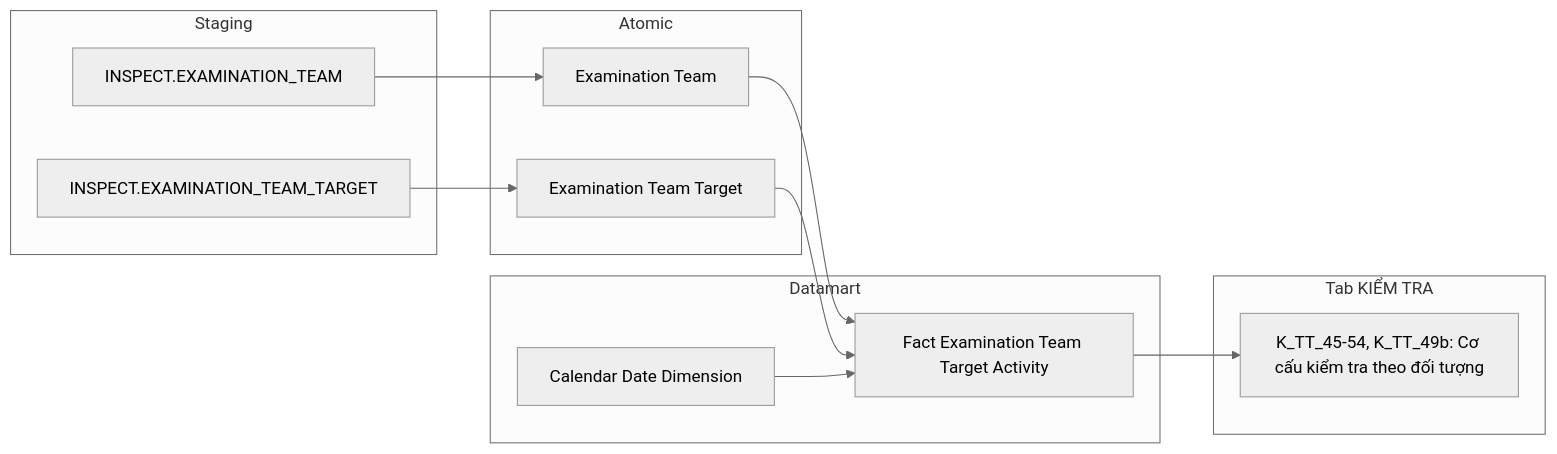
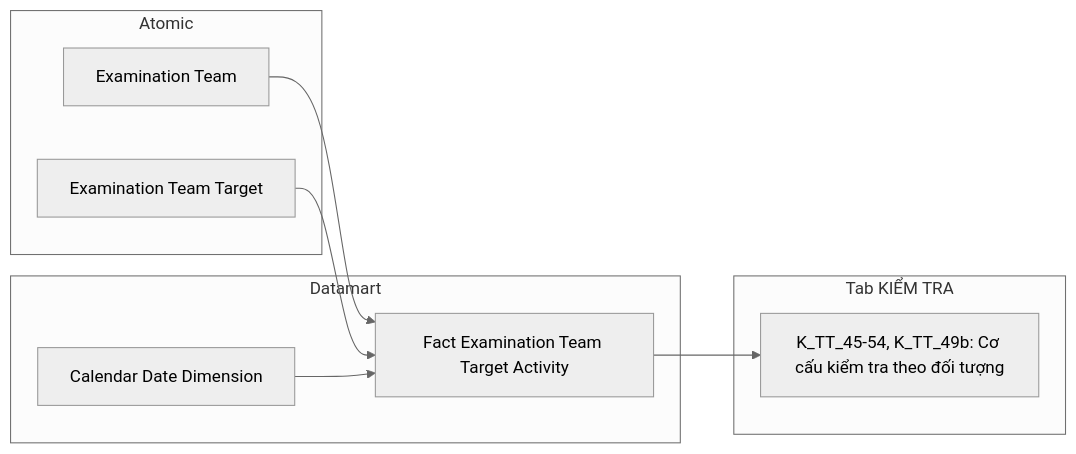
Before and after one commit to linhlvit/ubck_atomic_design: diagram 29 of 46 in Datamart/hld/DTM_TT_HLD.md, drawn with Mermaid (neutral theme). The commit also changed other lines of this file and 41 other files, not shown here.

````diff
--- a/Datamart/hld/DTM_TT_HLD.md
+++ b/Datamart/hld/DTM_TT_HLD.md
@@ -949,24 +1050,18 @@
 ```mermaid
 flowchart LR
-    subgraph SRC["Staging"]
-        S1["INSPECT.EXAMINATION_TEAM"]
-        S2["INSPECT.EXAMINATION_TEAM_TARGET"]
-    end
     subgraph SIL["Atomic"]
         SV1["Examination Team"]
         SV2["Examination Team Target"]
     end
     subgraph Datamart["Datamart"]
         G1["Fact Examination Team Target Activity"]
         G2["Calendar Date Dimension"]
     end
     subgraph RPT["Tab KIỂM TRA"]
         R1["K_TT_45-54, K_TT_49b: Cơ cấu kiểm tra theo đối tượng"]
     end
-    S1 --> SV1
-    S2 --> SV2
     SV1 --> G1
     SV2 --> G1
     G2 --> G1
     G1 --> R1
 ```
````
